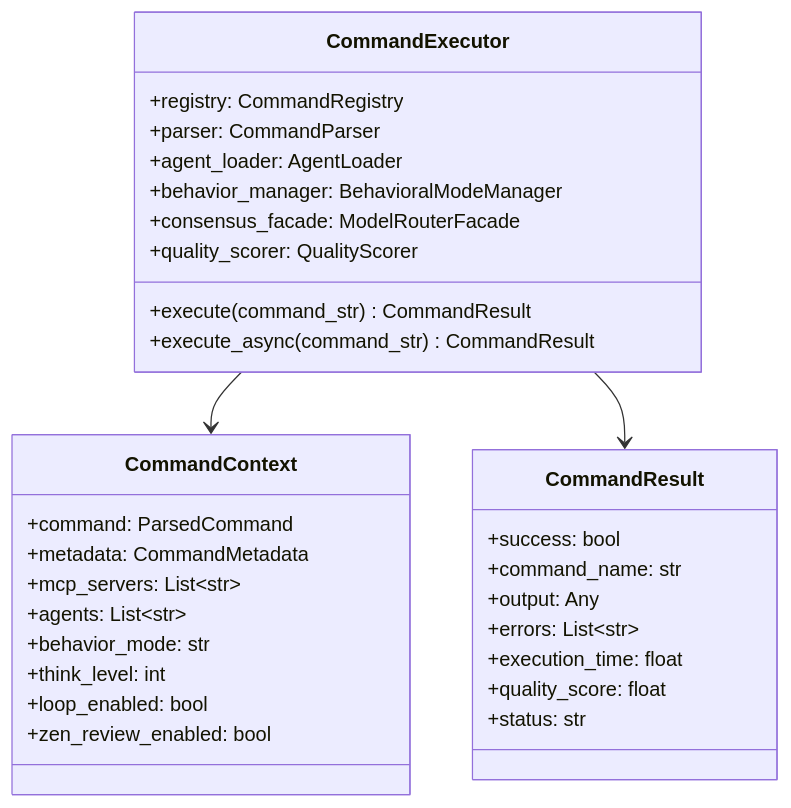
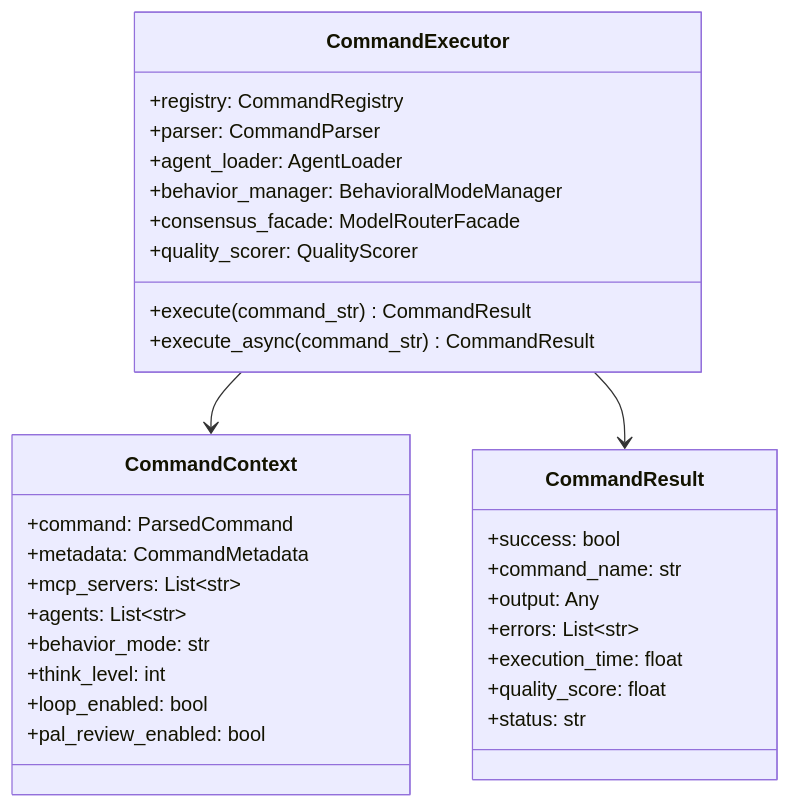
The tenth of 16 diagrams in README.md (Tony363/SuperClaude), drawn with Mermaid before and after one commit. The commit also changed other lines of this file and 46 other files, not shown here.

````diff
--- a/README.md
+++ b/README.md
@@ -420,37 +420,37 @@
 ```mermaid
 classDiagram
     class CommandExecutor {
         +registry: CommandRegistry
         +parser: CommandParser
         +agent_loader: AgentLoader
         +behavior_manager: BehavioralModeManager
         +consensus_facade: ModelRouterFacade
         +quality_scorer: QualityScorer
         +execute(command_str) CommandResult
         +execute_async(command_str) CommandResult
     }
 
     class CommandContext {
         +command: ParsedCommand
         +metadata: CommandMetadata
         +mcp_servers: List~str~
         +agents: List~str~
         +behavior_mode: str
         +think_level: int
         +loop_enabled: bool
-        +zen_review_enabled: bool
+        +pal_review_enabled: bool
     }
 
     class CommandResult {
         +success: bool
         +command_name: str
         +output: Any
         +errors: List~str~
         +execution_time: float
         +quality_score: float
         +status: str
     }
 
     CommandExecutor --> CommandContext
     CommandExecutor --> CommandResult
 ```
````
